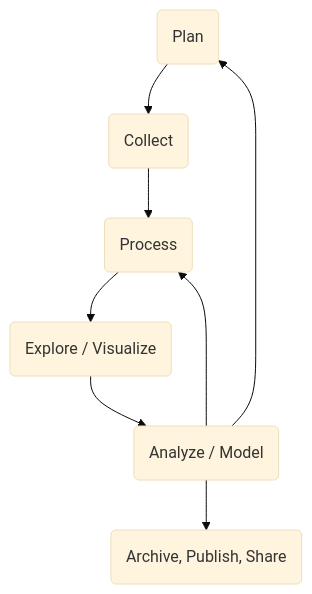
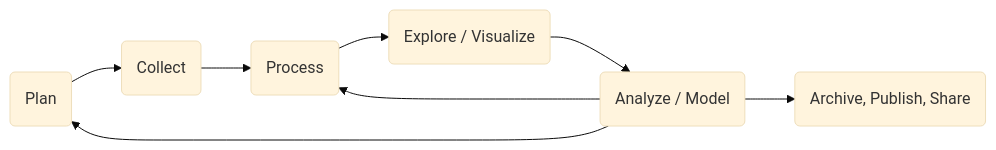
Before and after one commit to rff-data-projects/rff-data-gov-guidance: the diagram in docs/foundations/index.qmd, drawn with Mermaid (base theme). The commit also changed 1 other file, not shown here.

Commit message:
Modified flow chart in foundations page to go LR rather than TB. Less empty space this way.

````diff
--- a/docs/foundations/index.qmd
+++ b/docs/foundations/index.qmd
@@ -82,10 +82,10 @@
 ```{mermaid}
-graph TB
+graph LR
 A(Plan) --> B(Collect)
 B --> C(Process)
 C --> D(Explore / Visualize)
 D --> E(Analyze / Model)
 E --> F(Archive, Publish, Share)
 E --> C
 E --> A
 ```
````
